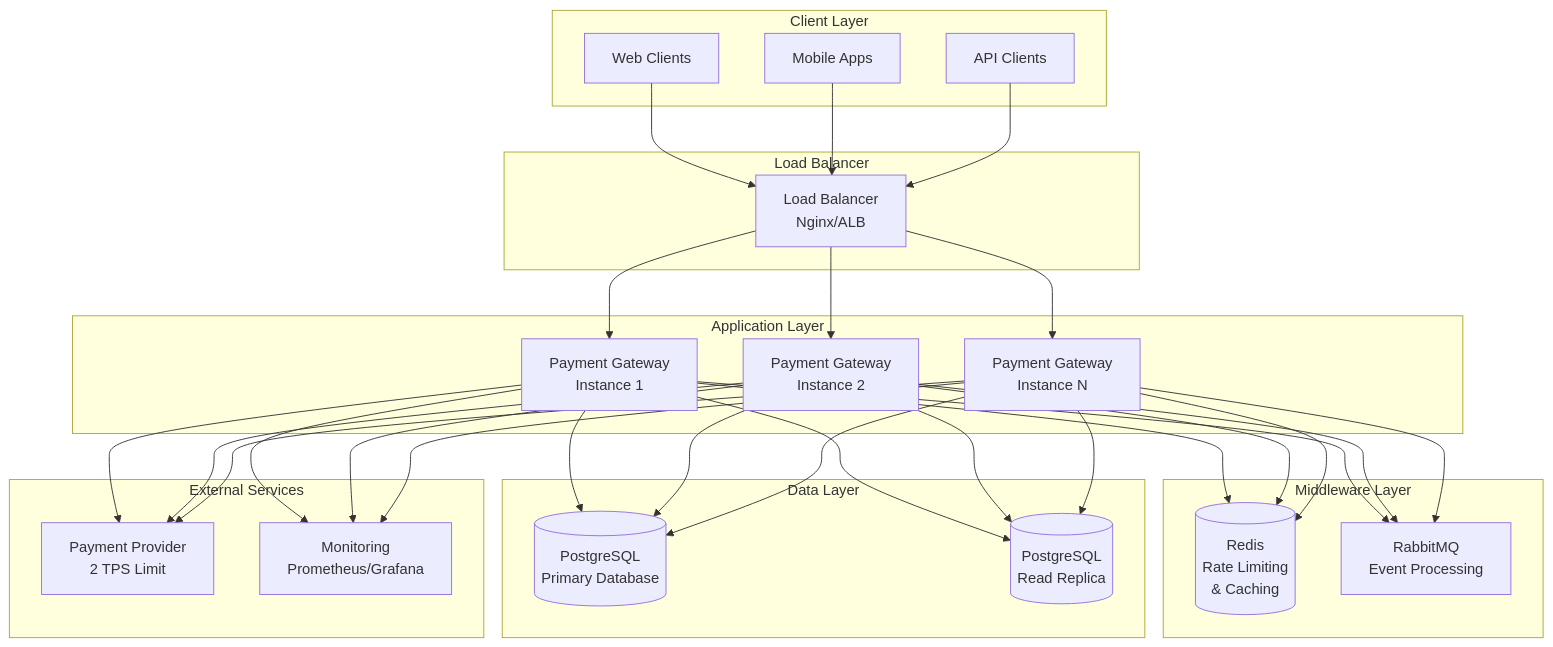
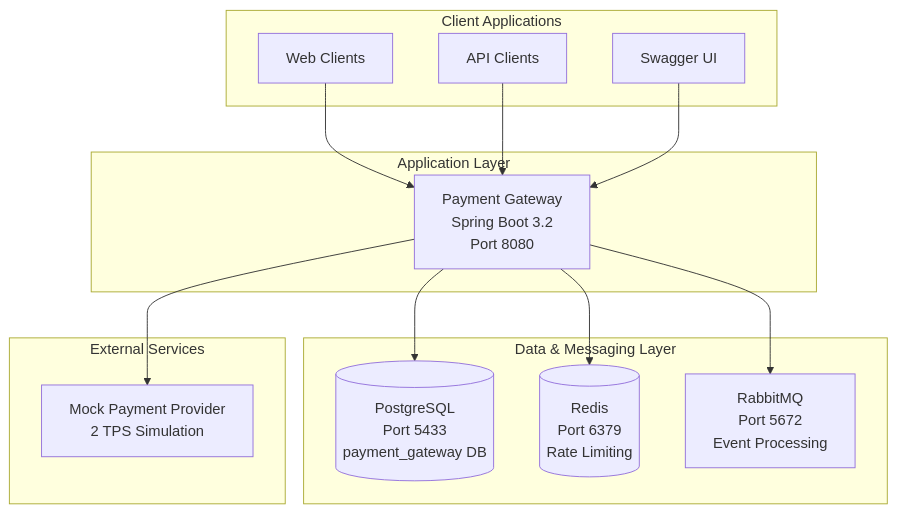
The first of 5 diagrams in README.md (Nardos-Tsega/po), drawn with Mermaid before and after one commit. The commit also changed other lines of this file and 9 other files, not shown here.

````diff
--- a/README.md
+++ b/README.md
@@ -13,65 +13,31 @@
 ```mermaid
 graph TB
-    subgraph "Client Layer"
-        Web[Web Clients]
-        Mobile[Mobile Apps]
+    subgraph "Client Applications"
+        WEB[Web Clients]
         API[API Clients]
-    end
-    
-    subgraph "Load Balancer"
-        LB[Load Balancer<br/>Nginx/ALB]
+        SWAGGER[Swagger UI]
     end
     
     subgraph "Application Layer"
-        App1[Payment Gateway<br/>Instance 1]
-        App2[Payment Gateway<br/>Instance 2]
-        App3[Payment Gateway<br/>Instance N]
+        APP[Payment Gateway<br/>Spring Boot 3.2<br/>Port 8080]
     end
     
-    subgraph "Middleware Layer"
-        Redis[(Redis<br/>Rate Limiting<br/>& Caching)]
-        RabbitMQ[RabbitMQ<br/>Event Processing]
-    end
-    
-    subgraph "Data Layer"
-        DB[(PostgreSQL<br/>Primary Database)]
-        Replica[(PostgreSQL<br/>Read Replica)]
+    subgraph "Data & Messaging Layer"
+        DB[(PostgreSQL<br/>Port 5433<br/>payment_gateway DB)]
+        REDIS[(Redis<br/>Port 6379<br/>Rate Limiting)]
+        RABBIT[RabbitMQ<br/>Port 5672<br/>Event Processing]
     end
     
     subgraph "External Services"
-        Provider[Payment Provider<br/>2 TPS Limit]
-        Monitor[Monitoring<br/>Prometheus/Grafana]
+        MOCK[Mock Payment Provider<br/>2 TPS Simulation]
     end
     
-    Web --> LB
-    Mobile --> LB
-    API --> LB
+    WEB --> APP
+    API --> APP
+    SWAGGER --> APP
     
-    LB --> App1
-    LB --> App2
-    LB --> App3
-    
-    App1 --> Redis
-    App2 --> Redis
-    App3 --> Redis
-    
-    App1 --> RabbitMQ
-    App2 --> RabbitMQ
-    App3 --> RabbitMQ
-    
-    App1 --> DB
-    App2 --> DB
-    App3 --> DB
-    
-    App1 --> Replica
-    App2 --> Replica
-    App3 --> Replica
-    
-    App1 --> Provider
-    App2 --> Provider
-    App3 --> Provider
-    
-    App1 --> Monitor
-    App2 --> Monitor
-    App3 --> Monitor
+    APP --> DB
+    APP --> REDIS
+    APP --> RABBIT
+    APP --> MOCK
 ```
````
